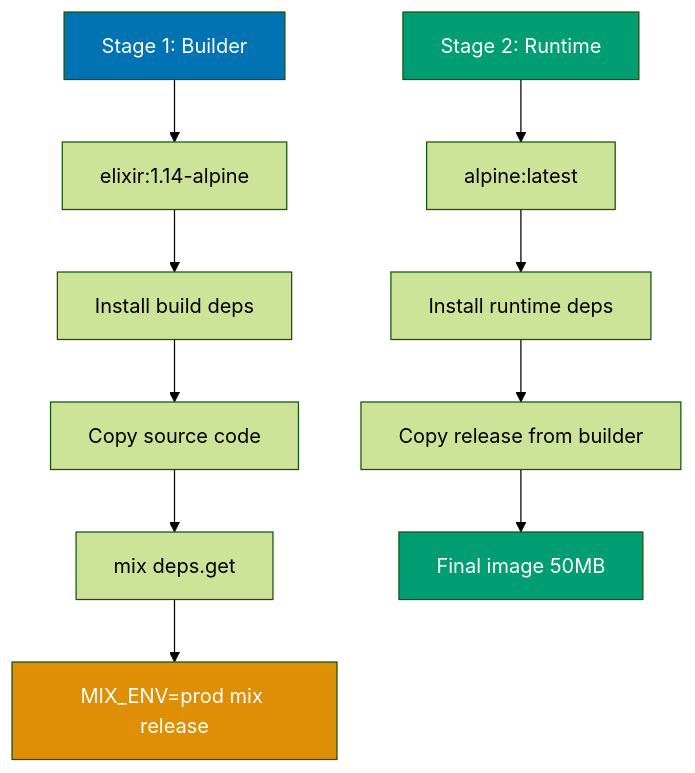
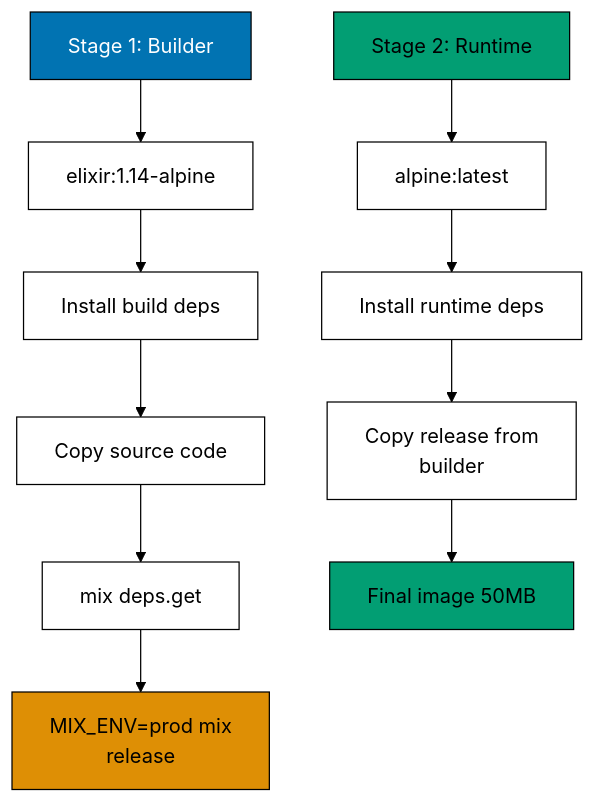
One commit to wahidyankf/ose-public changed the sixth of 10 diagrams in apps/ayokoding-www/content/en/learn/legacy/software-engineering/platforms/web/tools/elixir-phoenix/by-example/advanced.md. Above: the diagram before and after it, drawn with Mermaid (forest theme). The commit also changed other lines of this file and 130 other files, not shown here.

First line of the commit message:
fix(mermaid): bring the legacy platforms diagrams onto the accessible palette

````diff
--- a/apps/ayokoding-www/content/en/learn/legacy/software-engineering/platforms/web/tools/elixir-phoenix/by-example/advanced.md
+++ b/apps/ayokoding-www/content/en/learn/legacy/software-engineering/platforms/web/tools/elixir-phoenix/by-example/advanced.md
@@ -1027,19 +1056,25 @@
 ```mermaid
 %% Docker multi-stage build
 graph TD
+    accTitle: Example 62: Docker Containerization with Multi-Stage Build
+    accDescr: Graph with 11 nodes and 9 connections. Nodes: Stage 1: Builder, elixir:1.14-alpine, Install build deps, Copy source code, mix deps.get, MIX_ENV=prod mix release, Stage 2: Runtime, alpine:latest, Install runtime deps, Copy release from builder, Final image 50MB. Connections: Stage 1: Builder to elixir:1.14-alpine, elixir:1.14-alpine to Install build deps, Install build deps to Copy source code, Copy source code to mix deps.get, mix deps.get to MIX_ENV=prod mix release, Stage 2: Runtime to alpine:latest, alpine:latest to Install runtime deps, Install runtime deps to Copy release from builder, Copy release from builder to Final image 50MB.
     A[Stage 1: Builder] --> B[elixir:1.14-alpine]
     B --> C[Install build deps]
     C --> D[Copy source code]
     D --> E[mix deps.get]
-    E --> F[MIX_ENV=prod mix release]
+    E --> F[MIX_ENV=prod mix<br/>release]
 
     G[Stage 2: Runtime] --> H[alpine:latest]
     H --> I[Install runtime deps]
-    I --> J[Copy release from builder]
+    I --> J[Copy release from<br/>builder]
     J --> K[Final image 50MB]
 
-    style A fill:#0173B2,color:#fff
-    style F fill:#DE8F05,color:#fff
-    style G fill:#029E73,color:#fff
-    style K fill:#029E73,color:#fff
+    classDef pal-0173B2 fill:#0173B2,stroke:#000000,color:#FFFFFF
+    class A pal-0173B2
+    classDef pal-DE8F05 fill:#DE8F05,stroke:#000000,color:#000000
+    class F pal-DE8F05
+    classDef pal-029E73 fill:#029E73,stroke:#000000,color:#000000
+    class G pal-029E73
+    class K pal-029E73
+    classDef default fill:#FFFFFF,stroke:#000000,color:#000000
 ```
````
